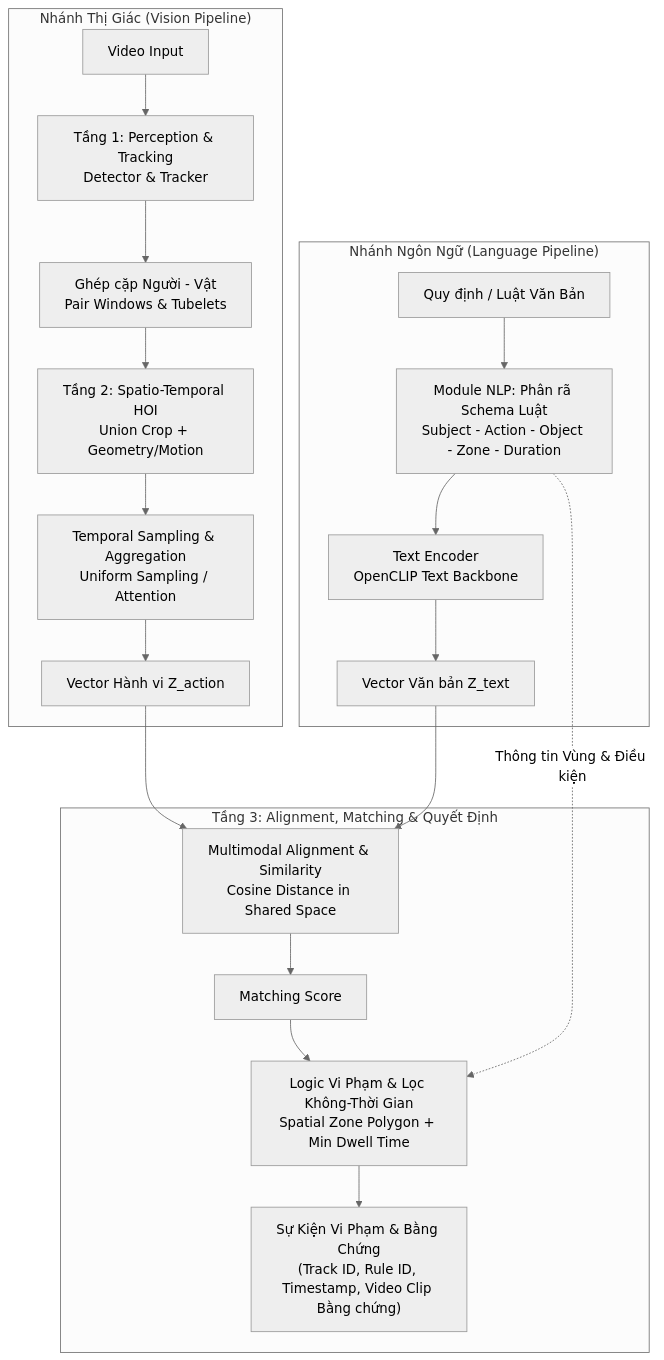
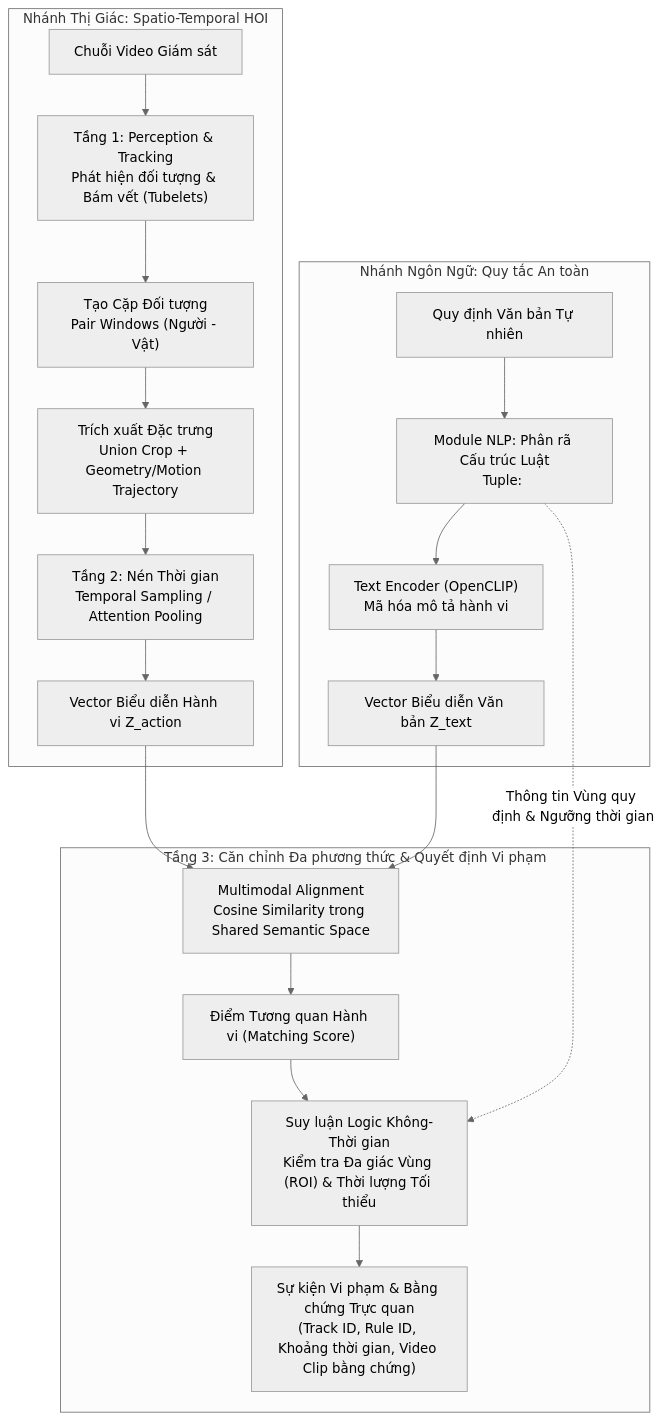
The diagram in README.md (phunh1901/temporal-hoi-video-text-matching), drawn with Mermaid (neutral theme) before and after one commit. The commit also changed other lines of this file, not shown here.

````diff
--- a/README.md
+++ b/README.md
@@ -32,24 +33,24 @@
 ```mermaid
 flowchart TD
-    subgraph VisionBranch["Nhánh Thị Giác (Vision Pipeline)"]
-        V["Video Input"] --> P["Tầng 1: Perception & Tracking<br/>Detector & Tracker"]
-        P --> H["Ghép cặp Người - Vật<br/>Pair Windows & Tubelets"]
-        H --> F["Tầng 2: Spatio-Temporal HOI<br/>Union Crop + Geometry/Motion"]
-        F --> T["Temporal Sampling & Aggregation<br/>Uniform Sampling / Attention"]
-        T --> ZV["Vector Hành vi Z_action"]
+    subgraph VisionBranch["Nhánh Thị Giác: Spatio-Temporal HOI"]
+        V["Chuỗi Video Giám sát"] --> P["Tầng 1: Perception & Tracking<br/>Phát hiện đối tượng & Bám vết (Tubelets)"]
+        P --> H["Tạo Cặp Đối tượng<br/>Pair Windows (Người - Vật)"]
+        H --> F["Trích xuất Đặc trưng<br/>Union Crop + Geometry/Motion Trajectory"]
+        F --> T["Tầng 2: Nén Thời gian<br/>Temporal Sampling / Attention Pooling"]
+        T --> ZV["Vector Biểu diễn Hành vi Z_action"]
     end
 
-    subgraph LanguageBranch["Nhánh Ngôn Ngữ (Language Pipeline)"]
-        R["Quy định / Luật Văn Bản"] --> NLP["Module NLP: Phân rã Schema Luật<br/>Subject - Action - Object - Zone - Duration"]
-        NLP --> TE["Text Encoder<br/>OpenCLIP Text Backbone"]
-        TE --> ZT["Vector Văn bản Z_text"]
+    subgraph LanguageBranch["Nhánh Ngôn Ngữ: Quy tắc An toàn"]
+        R["Quy định Văn bản Tự nhiên"] --> NLP["Module NLP: Phân rã Cấu trúc Luật<br/>Tuple: <Subject, Action, Object, Zone, Duration>"]
+        NLP --> TE["Text Encoder (OpenCLIP)<br/>Mã hóa mô tả hành vi"]
+        TE --> ZT["Vector Biểu diễn Văn bản Z_text"]
     end
 
-    subgraph DecisionBranch["Tầng 3: Alignment, Matching & Quyết Định"]
-        ZV & ZT --> AL["Multimodal Alignment & Similarity<br/>Cosine Distance in Shared Space"]
-        AL --> M["Matching Score"]
-        M --> D["Logic Vi Phạm & Lọc Không-Thời Gian<br/>Spatial Zone Polygon + Min Dwell Time"]
-        NLP -.->|Thông tin Vùng & Điều kiện| D
-        D --> OUT["Sự Kiện Vi Phạm & Bằng Chứng<br/>(Track ID, Rule ID, Timestamp, Video Clip Bằng chứng)"]
+    subgraph DecisionBranch["Tầng 3: Căn chỉnh Đa phương thức & Quyết định Vi phạm"]
+        ZV & ZT --> AL["Multimodal Alignment<br/>Cosine Similarity trong Shared Semantic Space"]
+        AL --> M["Điểm Tương quan Hành vi (Matching Score)"]
+        M --> D["Suy luận Logic Không-Thời gian<br/>Kiểm tra Đa giác Vùng (ROI) & Thời lượng Tối thiểu"]
+        NLP -.->|Thông tin Vùng quy định & Ngưỡng thời gian| D
+        D --> OUT["Sự kiện Vi phạm & Bằng chứng Trực quan<br/>(Track ID, Rule ID, Khoảng thời gian, Video Clip bằng chứng)"]
     end
 ```
````
